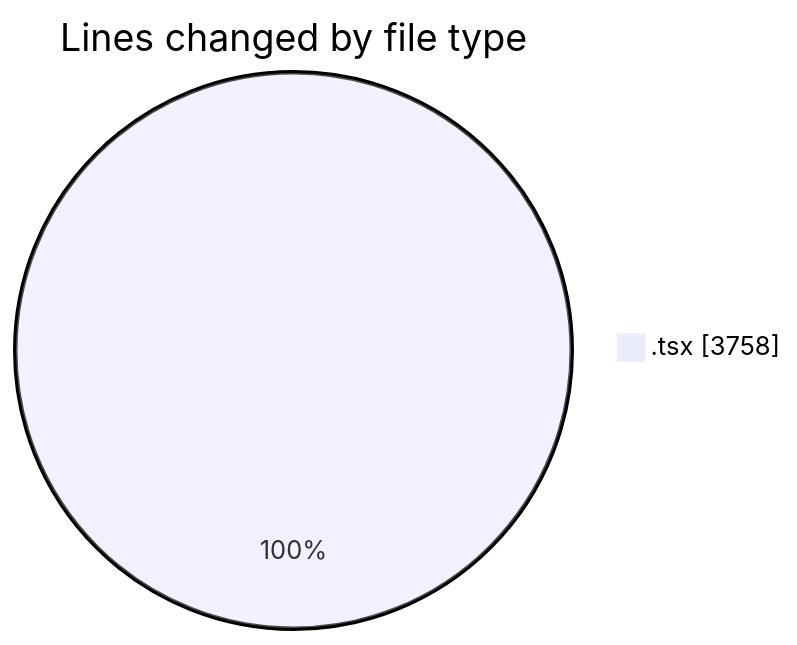
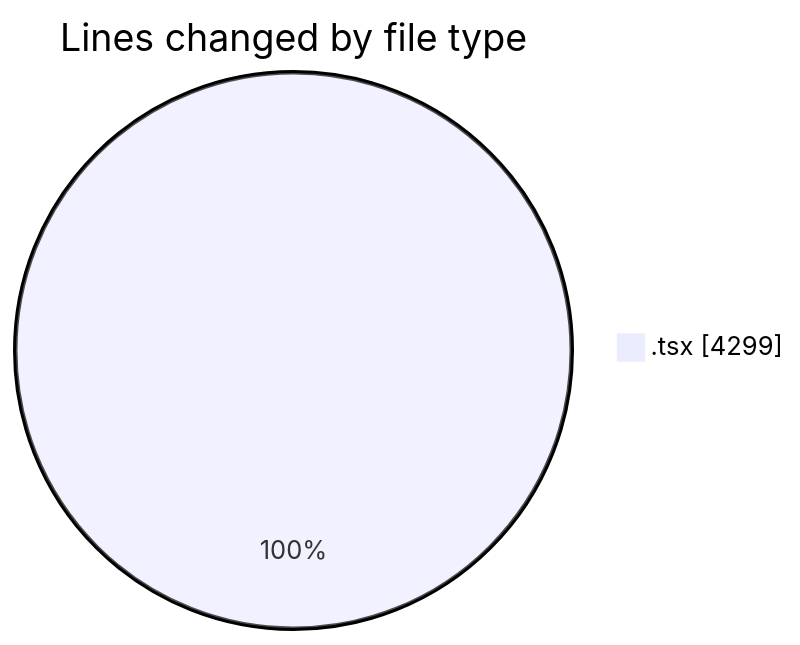
One commit to nxtqubesakshisongat/code-tracking changed the first of 2 diagrams in 2026-04-01/nxtqube_webapp/README.md. Above: the diagram before and after it, drawn with Mermaid. The commit also changed other lines of this file and 1 other file, not shown here.

````diff
--- a/2026-04-01/nxtqube_webapp/README.md
+++ b/2026-04-01/nxtqube_webapp/README.md
@@ -21,5 +22,5 @@
 ```mermaid
 pie showData
 title Lines changed by file type
-".tsx" : 3758
+".tsx" : 4299
 ```
````
